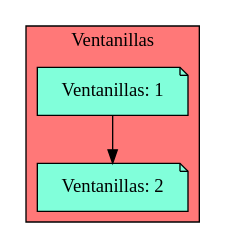
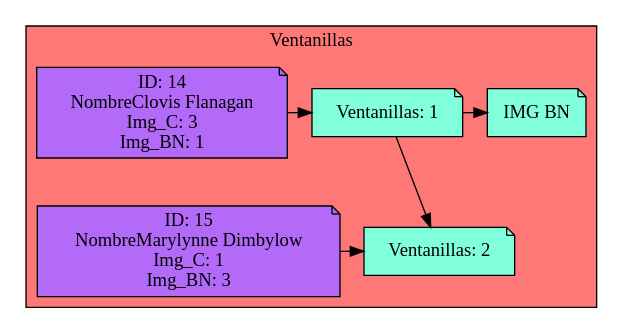
One commit to Serch-ING/EDD_UDRAWING_202000119 changed the diagram in Simple_Windows.dot. Above: the diagram before and after it, drawn with Graphviz. The commit also changed 23 other files, not shown here.

```diff
--- a/Simple_Windows.dot
+++ b/Simple_Windows.dot
@@ -1,12 +1,26 @@
 digraph L {
 node[shape=note fillcolor="#A181FF" style =filled]
 subgraph cluster_p{
     label= " Ventanillas "
     bgcolor = "#FF7878"
-Nodo1882554559[label="Ventanillas: 1",fillcolor="#81FFDA",group=1]
-Nodo1049817027[label="Ventanillas: 2",fillcolor="#81FFDA",group=2]
+Nodo1661081225[label="Ventanillas: 1",fillcolor="#81FFDA",group=1]
+Nodo1882554559[label="Ventanillas: 2",fillcolor="#81FFDA",group=2]
 
-Nodo1882554559 -> Nodo1049817027
+Nodo1661081225 -> Nodo1882554559
 
-{rank=same;Nodo1882554559}
-{rank=same;Nodo1049817027}}}
+Cliente771775563[label="ID: 14
+NombreClovis Flanagan
+Img_C: 3
+Img_BN: 1",fillcolor="#B36AF9",group=1]
+Cliente771775563-> Nodo1661081225
+Nodo1332668132[label="IMG BN",fillcolor="#81FFDA"]
+
+Nodo1661081225 -> Nodo1332668132
+
+{rank=same;Nodo1661081225,Cliente771775563,Nodo1332668132}
+Cliente1147580192[label="ID: 15
+NombreMarylynne Dimbylow
+Img_C: 1
+Img_BN: 3",fillcolor="#B36AF9",group=2]
+Cliente1147580192-> Nodo1882554559
+{rank=same;Nodo1882554559,Cliente1147580192}}}
```
